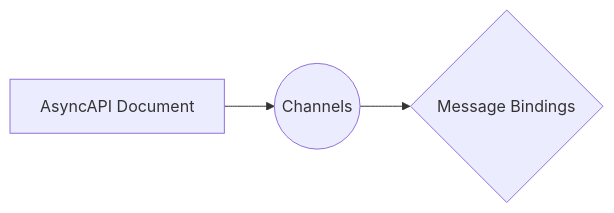
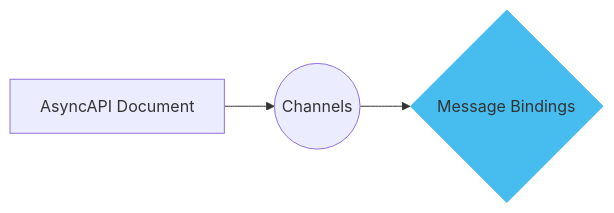
The fourth of 6 diagrams in pages/docs/concepts/asyncapi-document/adding-bindings.md (asyncapi/website), drawn with Mermaid before and after one commit. The commit also changed other lines of this file, not shown here.

````diff
--- a/pages/docs/concepts/asyncapi-document/adding-bindings.md
+++ b/pages/docs/concepts/asyncapi-document/adding-bindings.md
@@ -73,5 +107,7 @@
 ```mermaid
 graph LR
 A[AsyncAPI Document] --> F((Channels))
 F --> G{Message Bindings}
+
+style G fill:#47BCEE,stroke:#47BCEE;
 ```
````
